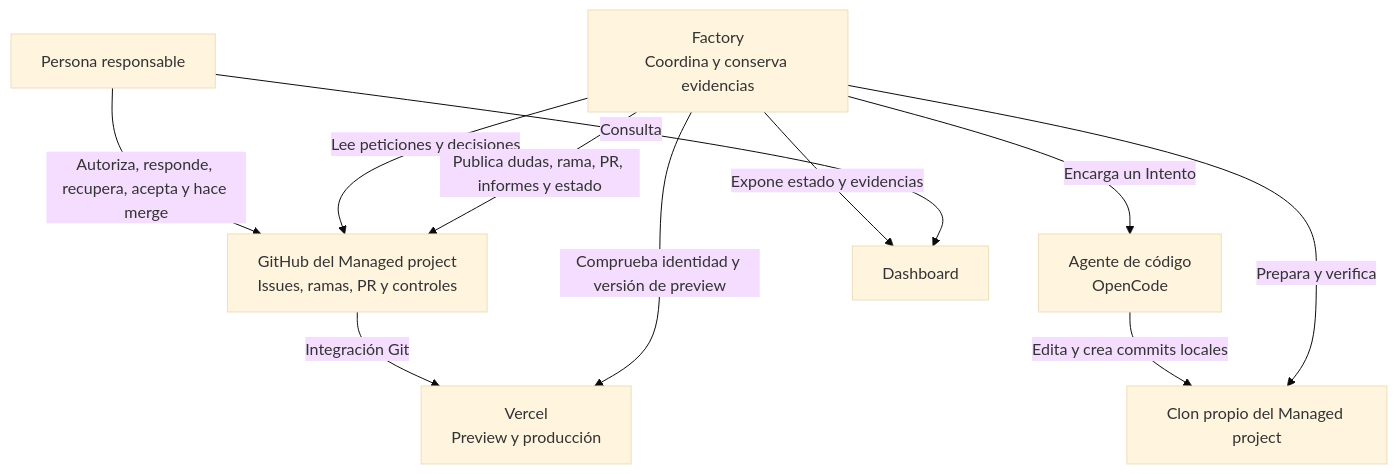
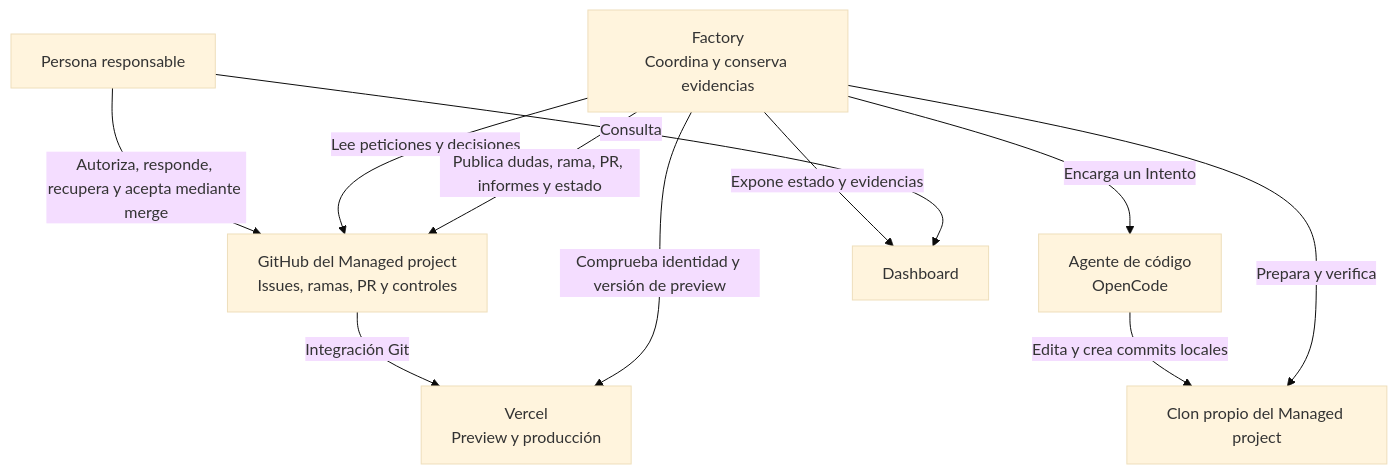
The first of 3 diagrams in docs/manual/01-mapa.md (rubenbp/app-foundry), drawn with Mermaid (base theme) before and after one commit. The commit also changed other lines of this file and 33 other files, not shown here.

````diff
--- a/docs/manual/01-mapa.md
+++ b/docs/manual/01-mapa.md
@@ -7,13 +7,13 @@
 ```mermaid
 flowchart TB
-    H["Persona responsable"] -->|"Autoriza, responde, recupera, acepta y hace merge"| G["GitHub del Managed project<br/>Issues, ramas, PR y controles"]
+    H["Persona responsable"] -->|"Autoriza, responde, recupera y acepta mediante merge"| G["GitHub del Managed project<br/>Issues, ramas, PR y controles"]
     F["Factory<br/>Coordina y conserva evidencias"] -->|"Lee peticiones y decisiones"| G
     F -->|"Publica dudas, rama, PR, informes y estado"| G
     F -->|"Encarga un Intento"| A["Agente de código<br/>OpenCode"]
     A -->|"Edita y crea commits locales"| W["Clon propio del Managed project"]
     F -->|"Prepara y verifica"| W
     G -->|"Integración Git"| V["Vercel<br/>Preview y producción"]
     F -->|"Comprueba identidad y versión de preview"| V
     F -->|"Expone estado y evidencias"| L["Dashboard"]
     H -->|"Consulta"| L
 ```
````
